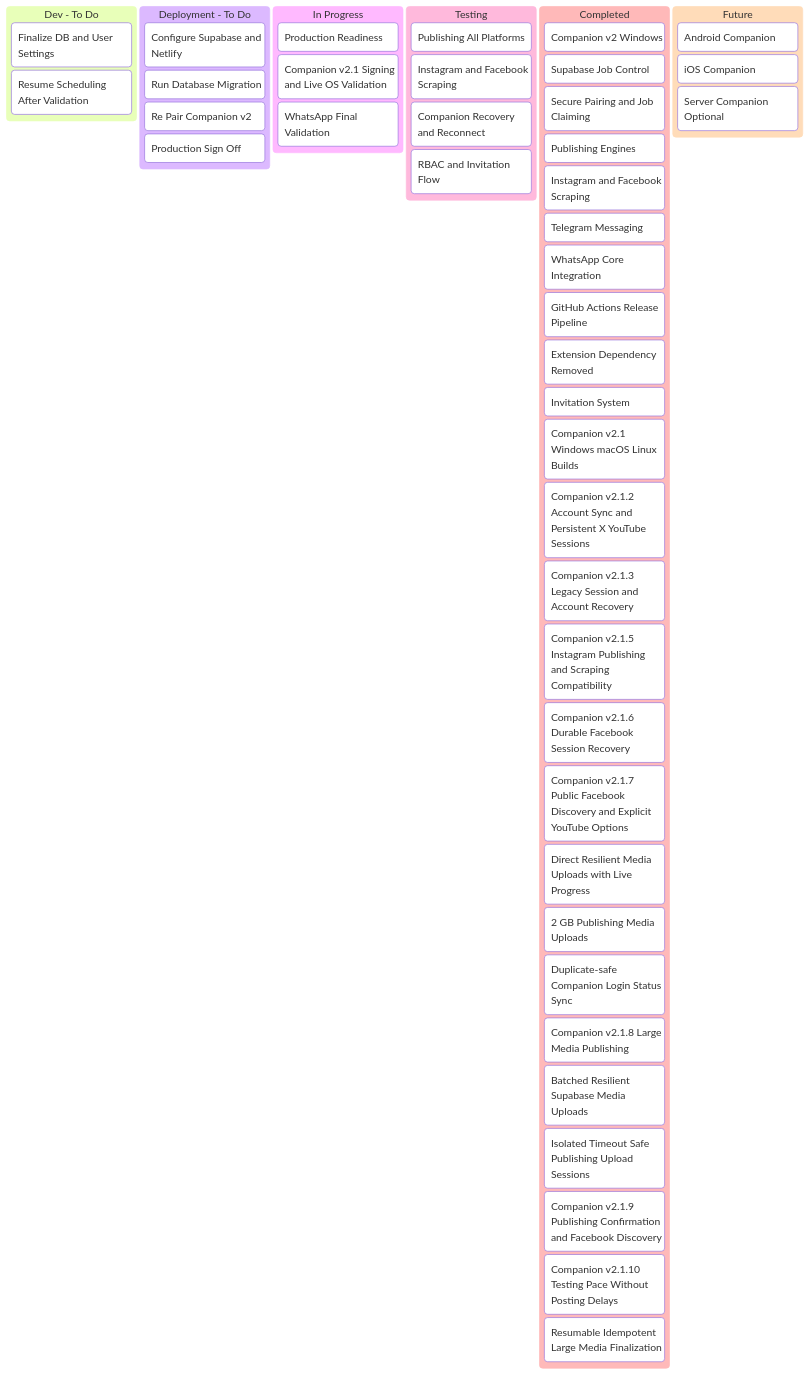
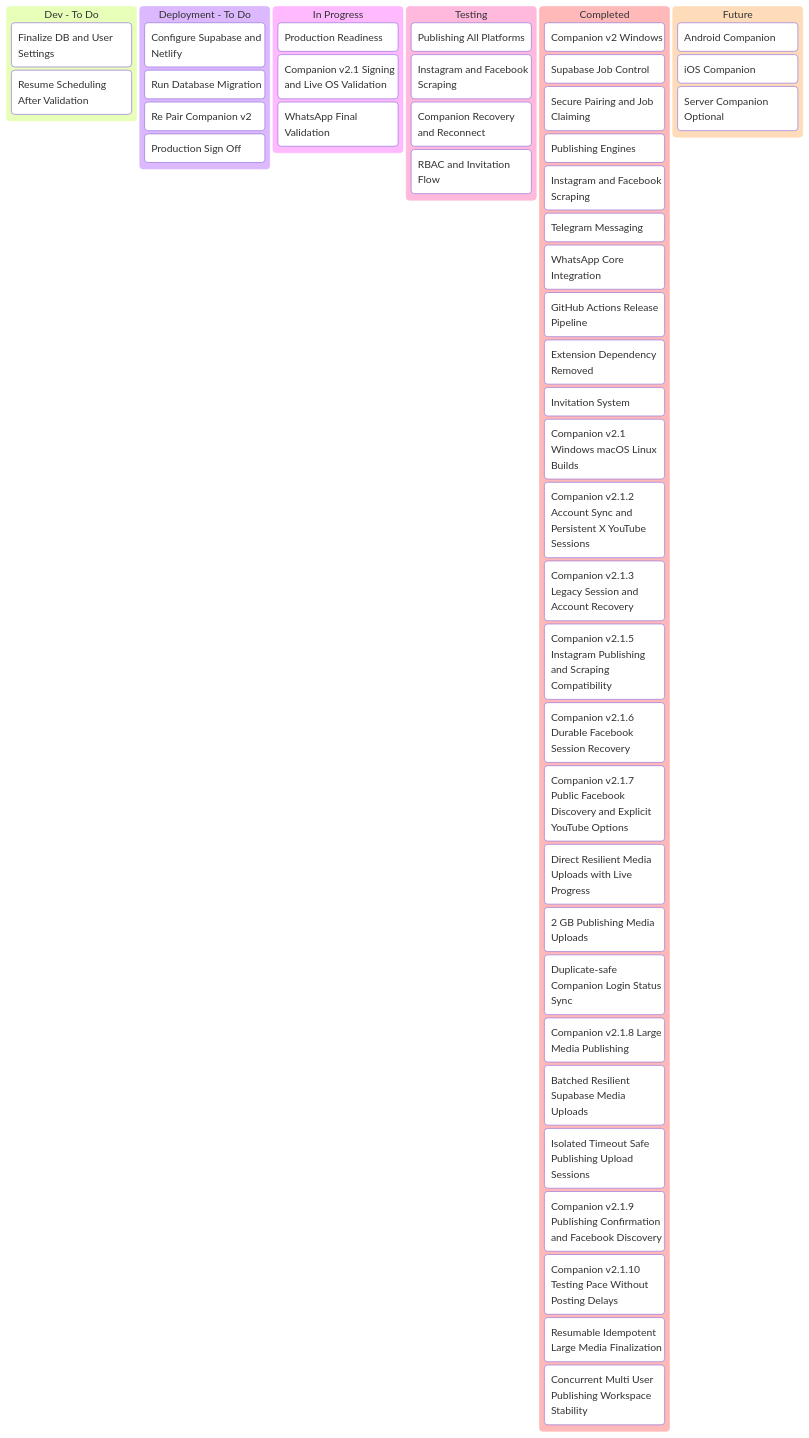
One commit to tinitiateprime/agentic-that changed the first of 2 diagrams in agentic-that-project-tracker.md. Above: the diagram before and after it, drawn with Mermaid. The commit also changed 10 other files, not shown here.

Commit message:
fix: stabilize concurrent publishing sessions

````diff
--- a/agentic-that-project-tracker.md
+++ b/agentic-that-project-tracker.md
@@ -5,55 +5,56 @@
 ```mermaid
 kanban
   devTodo[Dev - To Do]
     dev1[Finalize DB and User Settings]
     dev2[Resume Scheduling After Validation]
 
   deploymentTodo[Deployment - To Do]
     dep1[Configure Supabase and Netlify]
     dep2[Run Database Migration]
     dep3[Re Pair Companion v2]
     dep4[Production Sign Off]
 
   inProgress[In Progress]
     prog1[Production Readiness]
     prog2[Companion v2.1 Signing and Live OS Validation]
     prog3[WhatsApp Final Validation]
 
   testing[Testing]
     test1[Publishing All Platforms]
     test2[Instagram and Facebook Scraping]
     test3[Companion Recovery and Reconnect]
     test4[RBAC and Invitation Flow]
 
   completed[Completed]
     done1[Companion v2 Windows]
     done2[Supabase Job Control]
     done3[Secure Pairing and Job Claiming]
     done4[Publishing Engines]
     done5[Instagram and Facebook Scraping]
     done6[Telegram Messaging]
     done7[WhatsApp Core Integration]
     done8[GitHub Actions Release Pipeline]
     done9[Extension Dependency Removed]
     done10[Invitation System]
     done11[Companion v2.1 Windows macOS Linux Builds]
     done12[Companion v2.1.2 Account Sync and Persistent X YouTube Sessions]
     done13[Companion v2.1.3 Legacy Session and Account Recovery]
     done14[Companion v2.1.5 Instagram Publishing and Scraping Compatibility]
     done15[Companion v2.1.6 Durable Facebook Session Recovery]
     done16[Companion v2.1.7 Public Facebook Discovery and Explicit YouTube Options]
     done17[Direct Resilient Media Uploads with Live Progress]
     done18[2 GB Publishing Media Uploads]
     done19[Duplicate-safe Companion Login Status Sync]
     done20[Companion v2.1.8 Large Media Publishing]
     done21[Batched Resilient Supabase Media Uploads]
     done22[Isolated Timeout Safe Publishing Upload Sessions]
     done23[Companion v2.1.9 Publishing Confirmation and Facebook Discovery]
     done24[Companion v2.1.10 Testing Pace Without Posting Delays]
     done25[Resumable Idempotent Large Media Finalization]
+    done26[Concurrent Multi User Publishing Workspace Stability]
 
   future[Future]
     future1[Android Companion]
     future2[iOS Companion]
     future3[Server Companion Optional]
 ```
````
